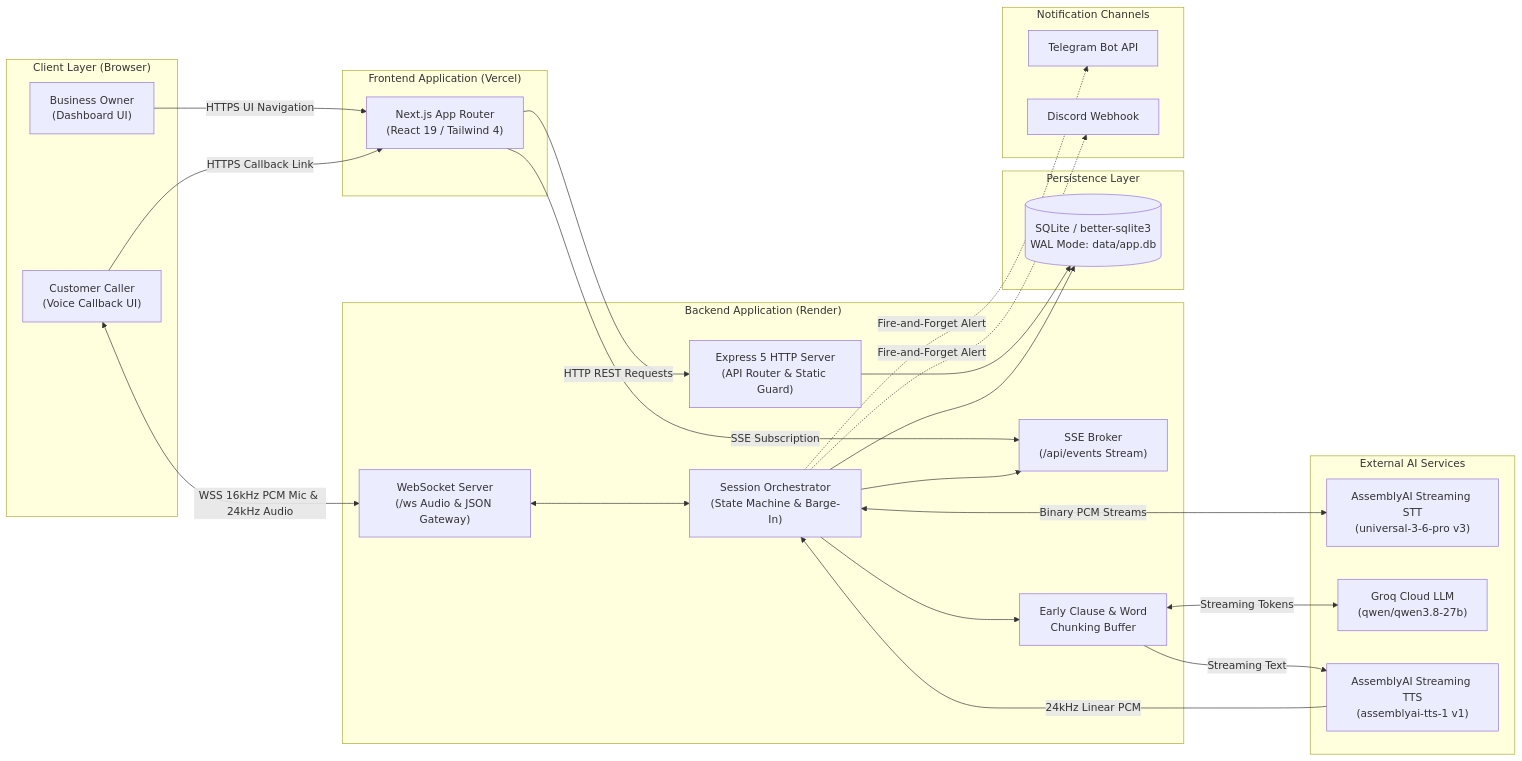
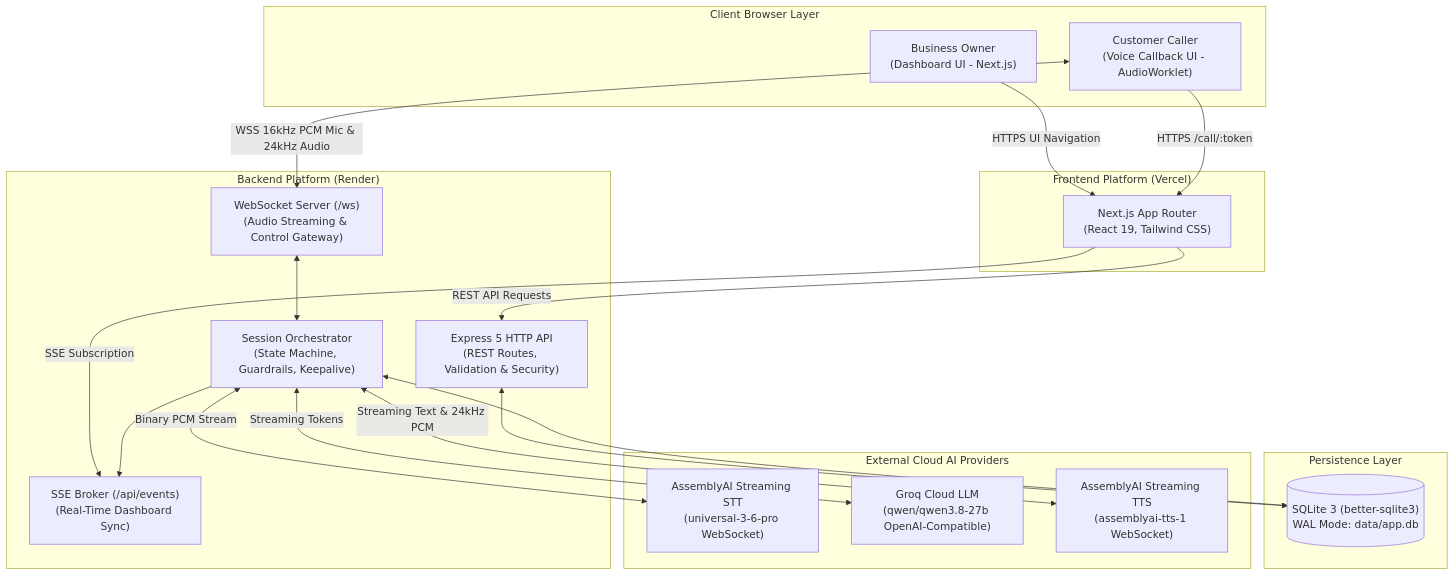
One commit to shobhitsahani/Missed-Call-Rescuer changed the first of 3 diagrams in README.md. Above: the diagram before and after it, drawn with Mermaid. The commit also changed other lines of this file and 6 other files, not shown here.

Commit message:
fix(voice): harden connection lifecycle, token rollback, and audit documentation

````diff
--- a/README.md
+++ b/README.md
@@ -94,51 +92,41 @@
 ```mermaid
-flowchart LR
-    subgraph Clients ["Client Layer (Browser)"]
-        Owner["Business Owner\n(Dashboard UI)"]
-        Caller["Customer Caller\n(Voice Callback UI)"]
+flowchart TD
+    subgraph Client ["Client Browser Layer"]
+        Owner["Business Owner\n(Dashboard UI - Next.js)"]
+        Customer["Customer Caller\n(Voice Callback UI - AudioWorklet)"]
     end
 
-    subgraph FrontendApp ["Frontend Application (Vercel)"]
-        NextWeb["Next.js App Router\n(React 19 / Tailwind 4)"]
+    subgraph FrontendPlatform ["Frontend Platform (Vercel)"]
+        NextWeb["Next.js App Router\n(React 19, Tailwind CSS)"]
     end
 
-    subgraph BackendApp ["Backend Application (Render)"]
-        Express["Express 5 HTTP Server\n(API Router & Static Guard)"]
-        WSS["WebSocket Server\n(/ws Audio & JSON Gateway)"]
-        SSE["SSE Broker\n(/api/events Stream)"]
-        Session["Session Orchestrator\n(State Machine & Barge-In)"]
-        Buffer["Early Clause & Word\nChunking Buffer"]
+    subgraph BackendPlatform ["Backend Platform (Render)"]
+        Express["Express 5 HTTP API\n(REST Routes, Validation & Security)"]
+        WSS["WebSocket Server (/ws)\n(Audio Streaming & Control Gateway)"]
+        SSEBroker["SSE Broker (/api/events)\n(Real-Time Dashboard Sync)"]
+        SessionOrch["Session Orchestrator\n(State Machine, Guardrails, Keepalive)"]
     end
 
-    subgraph Storage ["Persistence Layer"]
-        DB[("SQLite / better-sqlite3\nWAL Mode: data/app.db")]
+    subgraph Database ["Persistence Layer"]
+        SQLite[("SQLite 3 (better-sqlite3)\nWAL Mode: data/app.db")]
     end
 
-    subgraph AI ["External AI Services"]
-        AAI_STT["AssemblyAI Streaming STT\n(universal-3-6-pro v3)"]
-        Groq_LLM["Groq Cloud LLM\n(qwen/qwen3.8-27b)"]
-        AAI_TTS["AssemblyAI Streaming TTS\n(assemblyai-tts-1 v1)"]
-    end
-
-    subgraph Notifications ["Notification Channels"]
-        Telegram["Telegram Bot API"]
-        Discord["Discord Webhook"]
+    subgraph ExternalAI ["External Cloud AI Providers"]
+        AAI_STT["AssemblyAI Streaming STT\n(universal-3-6-pro WebSocket)"]
+        Groq_LLM["Groq Cloud LLM\n(qwen/qwen3.8-27b OpenAI-Compatible)"]
+        AAI_TTS["AssemblyAI Streaming TTS\n(assemblyai-tts-1 WebSocket)"]
     end
 
     Owner -->|HTTPS UI Navigation| NextWeb
-    Caller -->|HTTPS Callback Link| NextWeb
-    NextWeb -->|HTTP REST Requests| Express
-    NextWeb -->|SSE Subscription| SSE
-    Caller <-->|WSS 16kHz PCM Mic & 24kHz Audio| WSS
-    WSS <--> Session
-    Session <-->|Binary PCM Streams| AAI_STT
-    Session --> Buffer
-    Buffer <-->|Streaming Tokens| Groq_LLM
-    Buffer -->|Streaming Text| AAI_TTS
-    AAI_TTS -->|24kHz Linear PCM| Session
-    Express --> DB
-    Session --> DB
-    Session --> SSE
-    Session -.->|Fire-and-Forget Alert| Telegram
-    Session -.->|Fire-and-Forget Alert| Discord
+    Customer -->|HTTPS /call/:token| NextWeb
+    NextWeb -->|REST API Requests| Express
+    NextWeb -->|SSE Subscription| SSEBroker
+    Customer <-->|WSS 16kHz PCM Mic & 24kHz Audio| WSS
+    WSS <--> SessionOrch
+    Express <--> SQLite
+    SessionOrch <--> SQLite
+    SessionOrch --> SSEBroker
+    SessionOrch <-->|Binary PCM Stream| AAI_STT
+    SessionOrch <-->|Streaming Tokens| Groq_LLM
+    SessionOrch <-->|Streaming Text & 24kHz PCM| AAI_TTS
 ```
````
